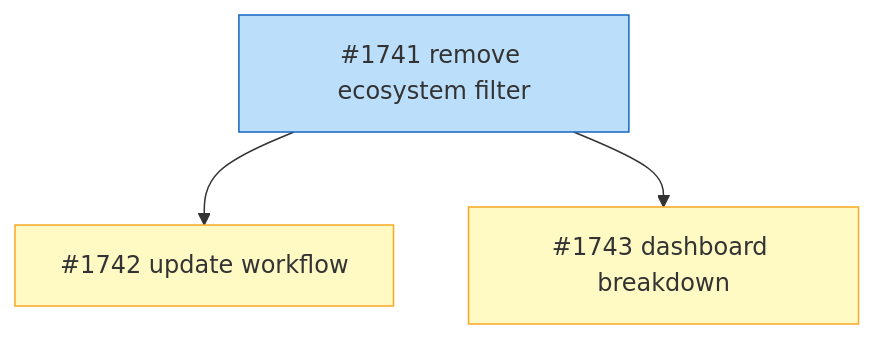
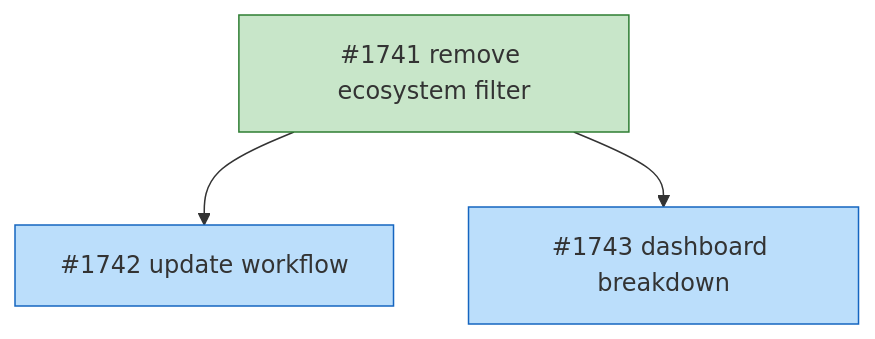
Before and after one commit to tsukumogami/tsuku: the diagram in docs/designs/DESIGN-unified-batch-pipeline.md, drawn with Mermaid. The commit also changed other lines of this file and 1 other file, not shown here.

Commit message:
chore(batch): update state for issue #1741 implemented
Mark issue #1741 as implemented in the design doc and state file.
Strikethrough issue row, update diagram node to done, unblock
downstream issues #1742 and #1743 (blocked -> ready).

````diff
--- a/docs/designs/DESIGN-unified-batch-pipeline.md
+++ b/docs/designs/DESIGN-unified-batch-pipeline.md
@@ -46,18 +46,18 @@
 ```mermaid
 graph TD
     N1741["#1741 remove ecosystem filter"]
     N1742["#1742 update workflow"]
     N1743["#1743 dashboard breakdown"]
 
     N1741 --> N1742
     N1741 --> N1743
 
     classDef done fill:#c8e6c9,stroke:#2e7d32
     classDef ready fill:#bbdefb,stroke:#1565c0
     classDef blocked fill:#fff9c4,stroke:#f9a825
     classDef needsDesign fill:#e1bee7,stroke:#7b1fa2
 
-    class N1741 ready
-    class N1742 blocked
-    class N1743 blocked
+    class N1741 done
+    class N1742 ready
+    class N1743 ready
 ```
````
